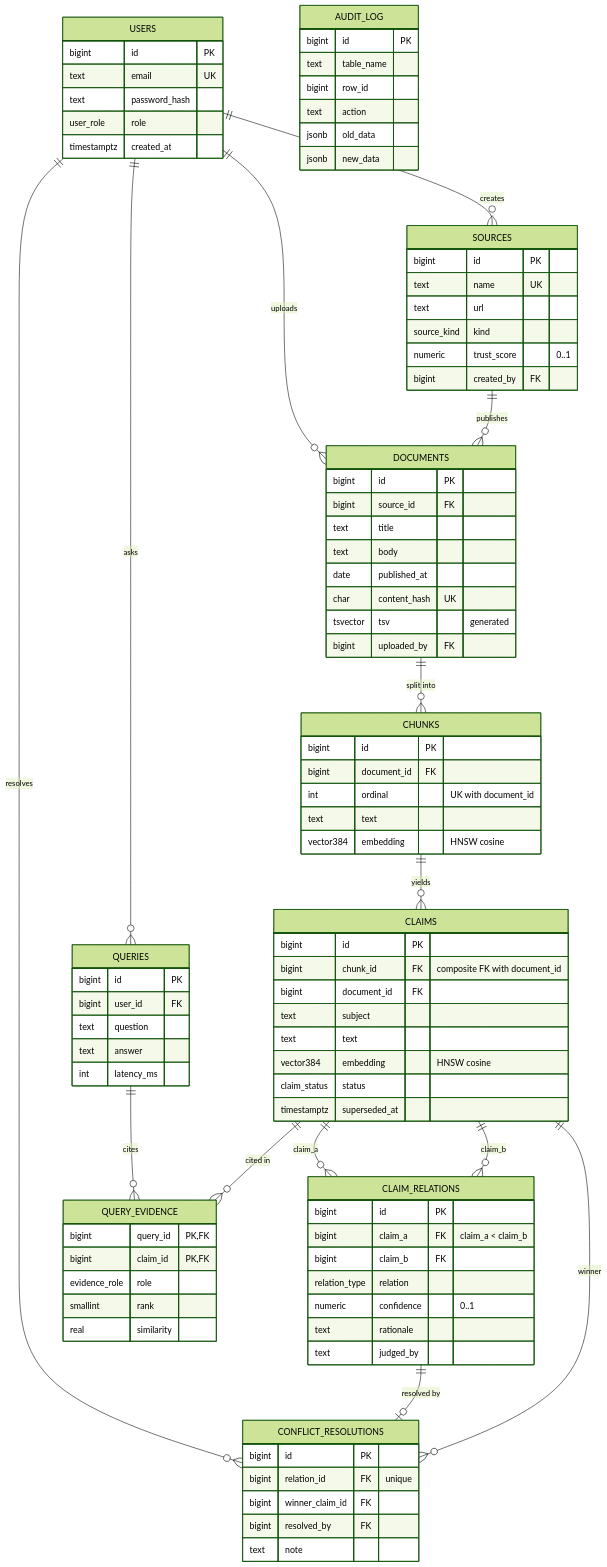
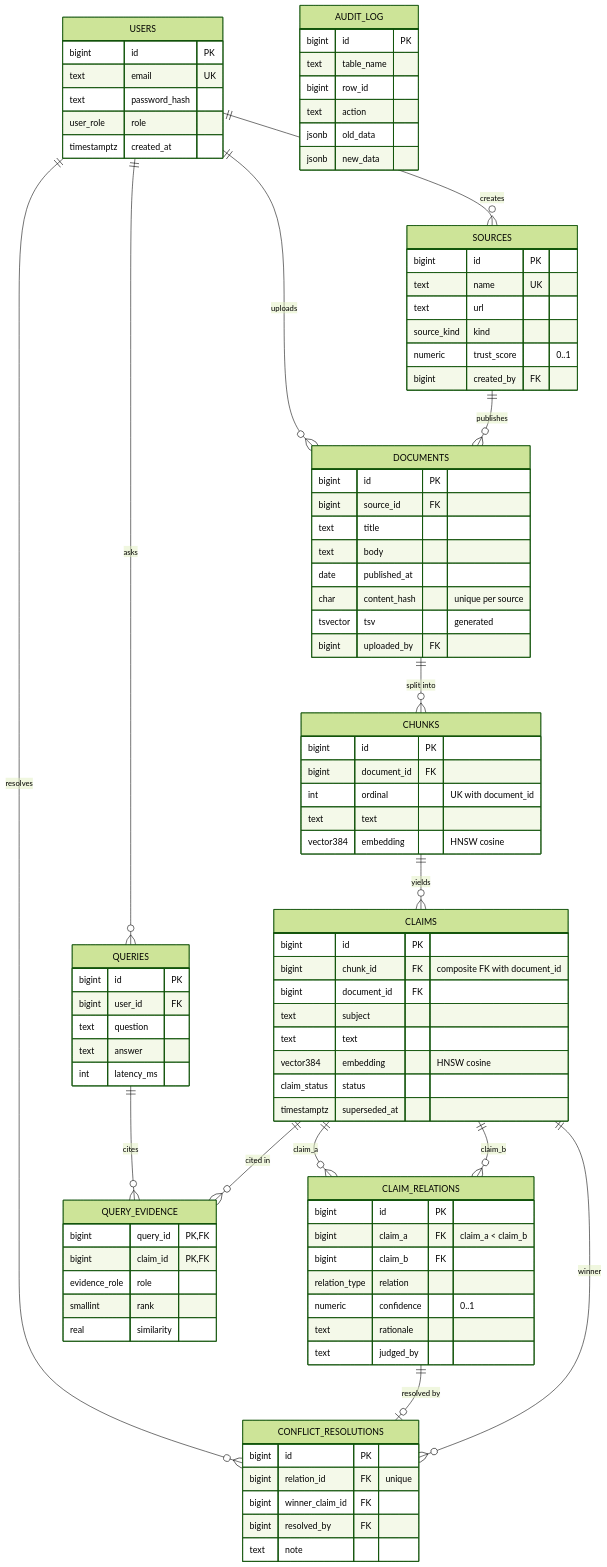
Before and after one commit to santoshcheethiralame-dot/ConRAG: the diagram in docs/er-diagram.md, drawn with Mermaid (forest theme). The commit also changed 25 other files, not shown here.

```diff
--- a/docs/er-diagram.md
+++ b/docs/er-diagram.md
@@ -43,7 +43,7 @@
     text title
     text body
     date published_at
-    char content_hash UK
+    char content_hash "unique per source"
     tsvector tsv "generated"
     bigint uploaded_by FK
   }
```
